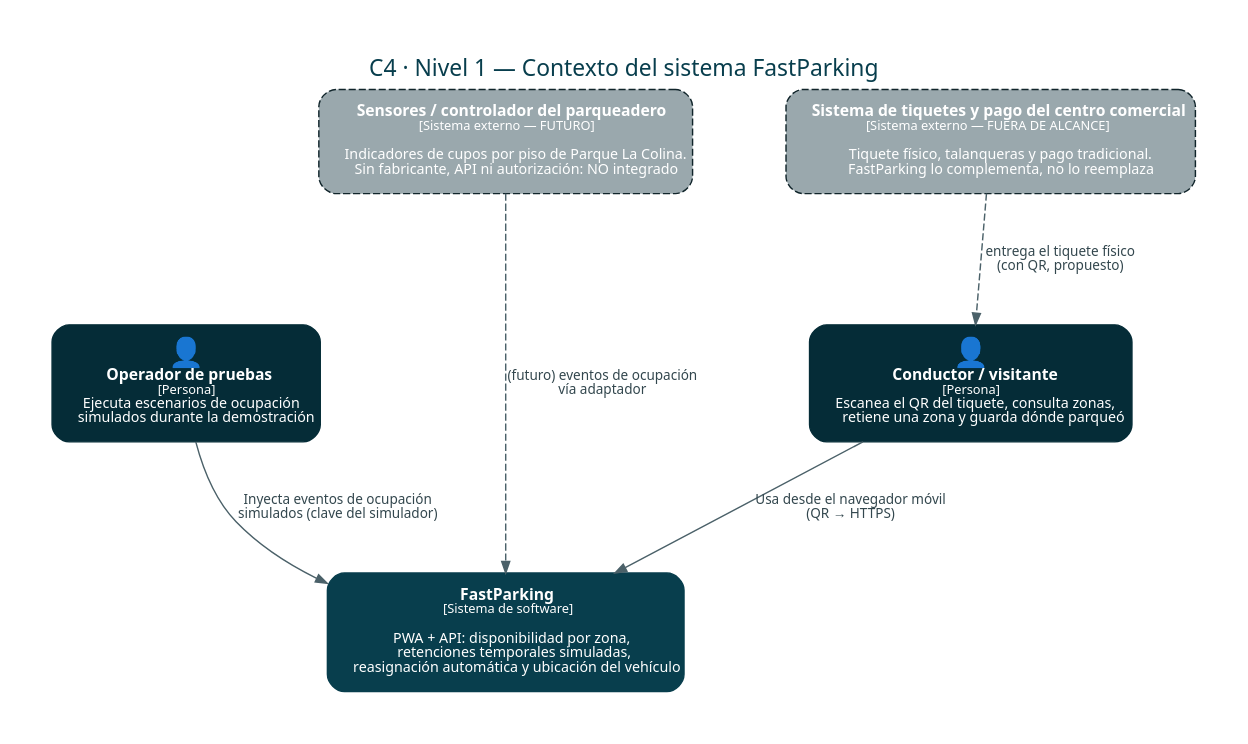
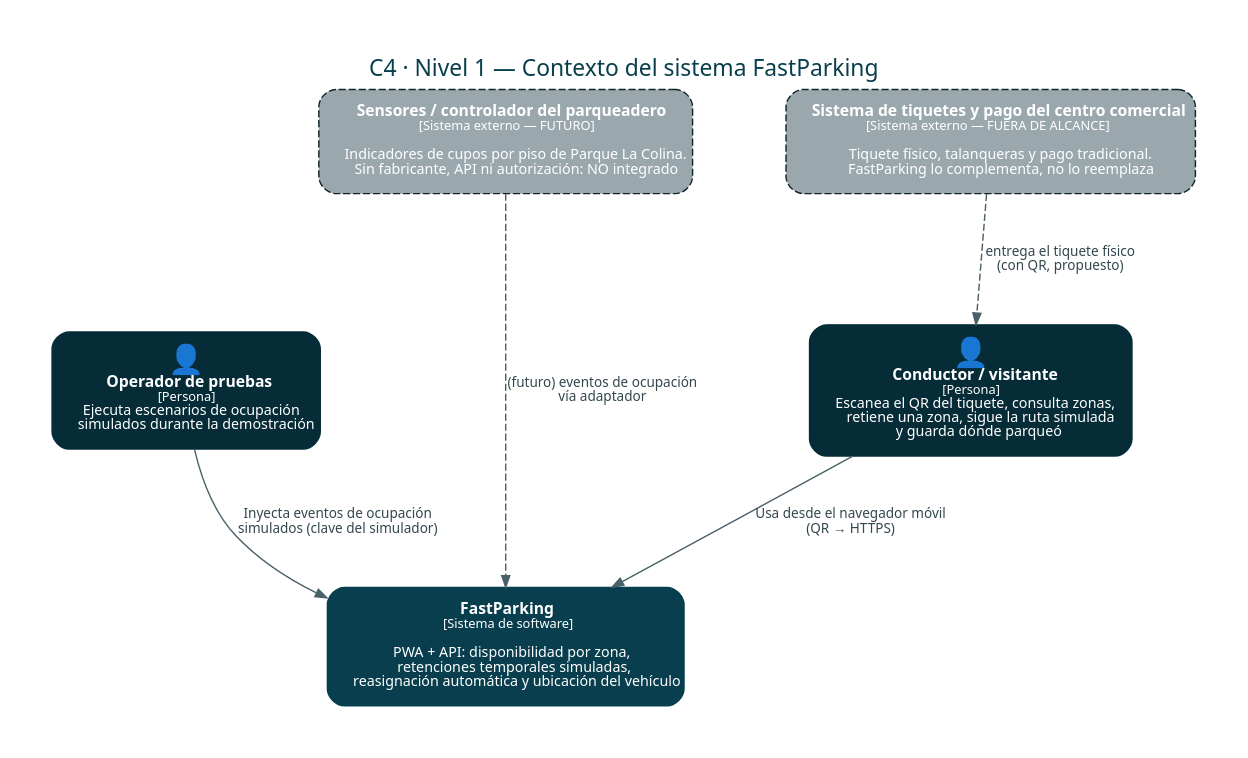
One commit to N4SL7/fastparking changed the diagram in docs/diagramas/fuentes/c4-nivel1-contexto.dot. Above: the diagram before and after it, drawn with Graphviz. The commit also changed 26 other files, not shown here.

```diff
--- a/docs/diagramas/fuentes/c4-nivel1-contexto.dot
+++ b/docs/diagramas/fuentes/c4-nivel1-contexto.dot
@@ -1,16 +1,16 @@
 digraph C4_1 { graph [fontname="Segoe UI,Arial,Helvetica,sans-serif", pad=0.4, nodesep=0.9, ranksep=1.0, bgcolor="white", labelloc=t, fontsize=16, fontcolor="#083E4D"];
 node [fontname="Segoe UI,Arial,Helvetica,sans-serif", fontsize=11, margin="0.25,0.15", width=2.6];
 edge [fontname="Segoe UI,Arial,Helvetica,sans-serif", fontsize=9.5, color="#4b6169", fontcolor="#33474e", arrowsize=0.8];
 graph [label="C4 · Nivel 1 — Contexto del sistema FastParking"];
-conductor [shape=box, style="rounded,filled", fillcolor="#052c37", color="#052c37", fontcolor="white", label=<<FONT POINT-SIZE="20">👤</FONT><BR/><B>Conductor / visitante</B><BR/><FONT POINT-SIZE="9">[Persona]</FONT><BR/><FONT POINT-SIZE="10">Escanea el QR del tiquete, consulta zonas,<BR/>retiene una zona y guarda dónde parqueó</FONT>>];
+conductor [shape=box, style="rounded,filled", fillcolor="#052c37", color="#052c37", fontcolor="white", label=<<FONT POINT-SIZE="20">👤</FONT><BR/><B>Conductor / visitante</B><BR/><FONT POINT-SIZE="9">[Persona]</FONT><BR/><FONT POINT-SIZE="10">Escanea el QR del tiquete, consulta zonas,<BR/>retiene una zona, sigue la ruta simulada<BR/>y guarda dónde parqueó</FONT>>];
 operador [shape=box, style="rounded,filled", fillcolor="#052c37", color="#052c37", fontcolor="white", label=<<FONT POINT-SIZE="20">👤</FONT><BR/><B>Operador de pruebas</B><BR/><FONT POINT-SIZE="9">[Persona]</FONT><BR/><FONT POINT-SIZE="10">Ejecuta escenarios de ocupación<BR/>simulados durante la demostración</FONT>>];
 fp [shape=box, style="rounded,filled", fillcolor="#083E4D", color="#083E4D", label=<<B>FastParking</B><BR/><FONT POINT-SIZE="9">[Sistema de software]</FONT><BR/><BR/><FONT POINT-SIZE="10">PWA + API: disponibilidad por zona,<BR/>retenciones temporales simuladas,<BR/>reasignación automática y ubicación del vehículo</FONT>>, fontcolor="white"];
 sens [shape=box, style="rounded,filled,dashed", fillcolor="#9aa8ad", color="#10242a", label=<<B>Sensores / controlador del parqueadero</B><BR/><FONT POINT-SIZE="9">[Sistema externo — FUTURO]</FONT><BR/><BR/><FONT POINT-SIZE="10">Indicadores de cupos por piso de Parque La Colina.<BR/>Sin fabricante, API ni autorización: NO integrado</FONT>>, fontcolor="white"];
 cc [shape=box, style="rounded,filled,dashed", fillcolor="#9aa8ad", color="#10242a", label=<<B>Sistema de tiquetes y pago del centro comercial</B><BR/><FONT POINT-SIZE="9">[Sistema externo — FUERA DE ALCANCE]</FONT><BR/><BR/><FONT POINT-SIZE="10">Tiquete físico, talanqueras y pago tradicional.<BR/>FastParking lo complementa, no lo reemplaza</FONT>>, fontcolor="white"];
 conductor -> fp [label="  Usa desde el navegador móvil\n  (QR → HTTPS)"];
 operador -> fp [label="  Inyecta eventos de ocupación\n  simulados (clave del simulador)"];
 sens -> fp [style=dashed, label="  (futuro) eventos de ocupación\n  vía adaptador"];
 cc -> conductor [style=dashed, label="  entrega el tiquete físico\n  (con QR, propuesto)"];
 {rank=same; conductor; operador}
 {rank=same; sens; cc}
 }
```
